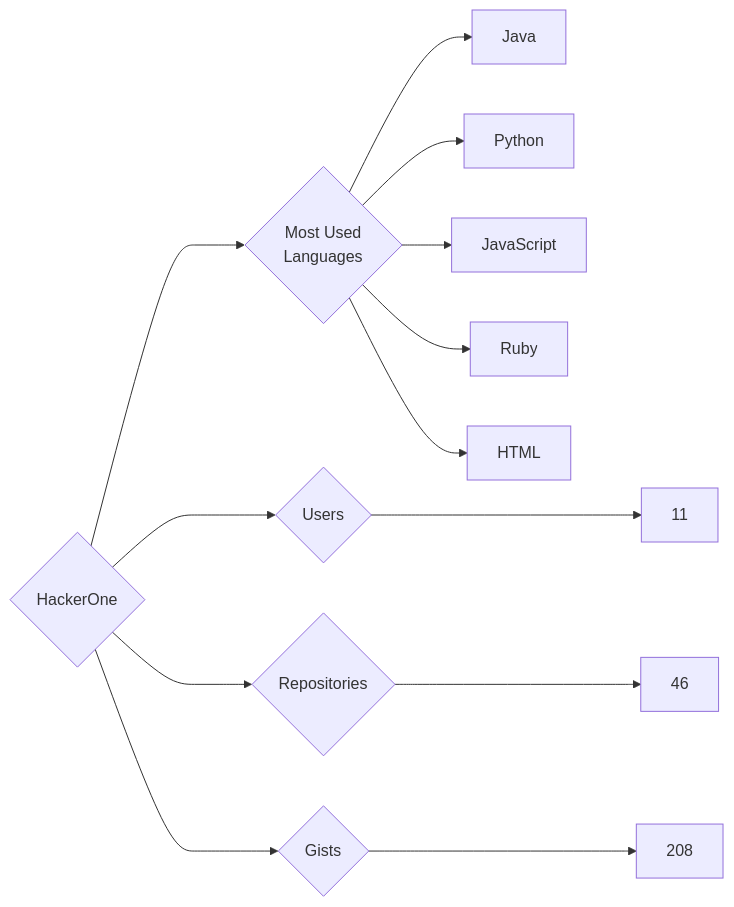
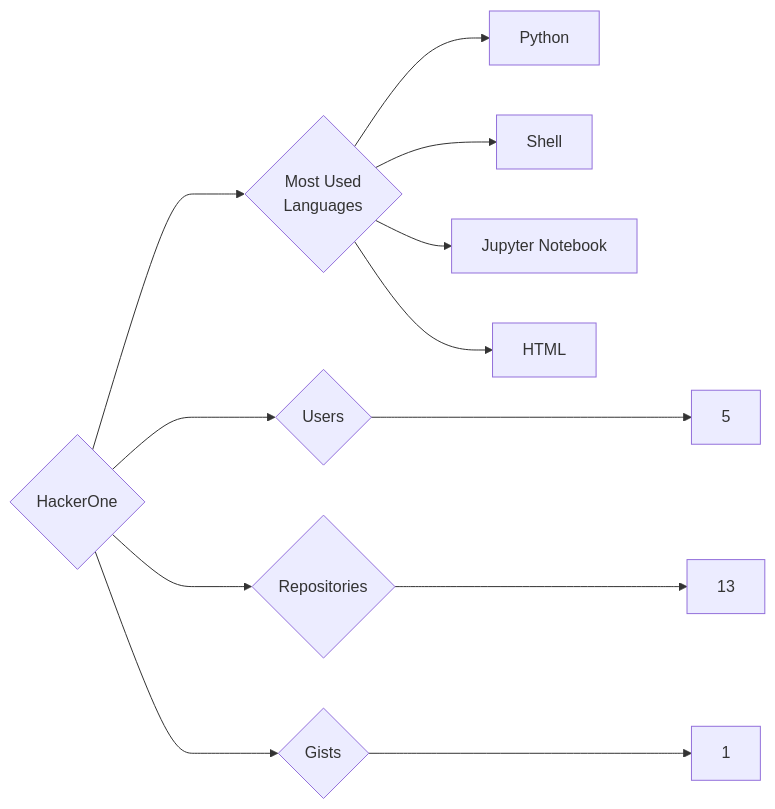
Before and after one commit to trickest/insiders: the diagram in targets/HackerOne/README.md, drawn with Mermaid. The commit also changed 993 other files, not shown here.

````diff
--- a/targets/HackerOne/README.md
+++ b/targets/HackerOne/README.md
@@ -3,13 +3,12 @@
 ```mermaid
 graph LR
 COMPANY_NAME{HackerOne}
-COMPANY_NAME ---> U{Users} ---> UN[11]
-COMPANY_NAME ---> R{Repositories} ---> RN[46]
-COMPANY_NAME ---> G{Gists} ---> GN[208]
+COMPANY_NAME ---> U{Users} ---> UN[5]
+COMPANY_NAME ---> R{Repositories} ---> RN[13]
+COMPANY_NAME ---> G{Gists} ---> GN[1]
 COMPANY_NAME ---> ML{Most Used<br>Languages}
-ML --> Java[Java]
 ML --> Python[Python]
-ML --> JavaScript[JavaScript]
-ML --> Ruby[Ruby]
+ML --> Shell[Shell]
+ML --> Jupyter_Notebook[Jupyter Notebook]
 ML --> HTML[HTML]
 ```
````
